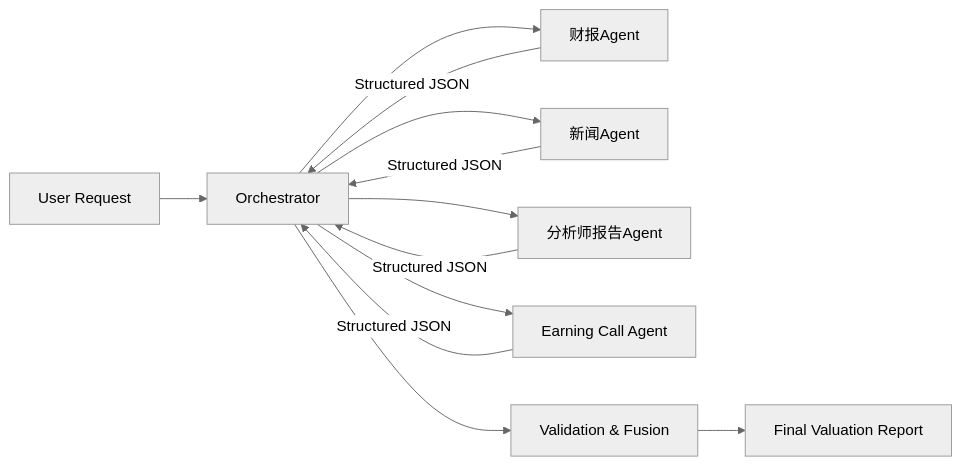
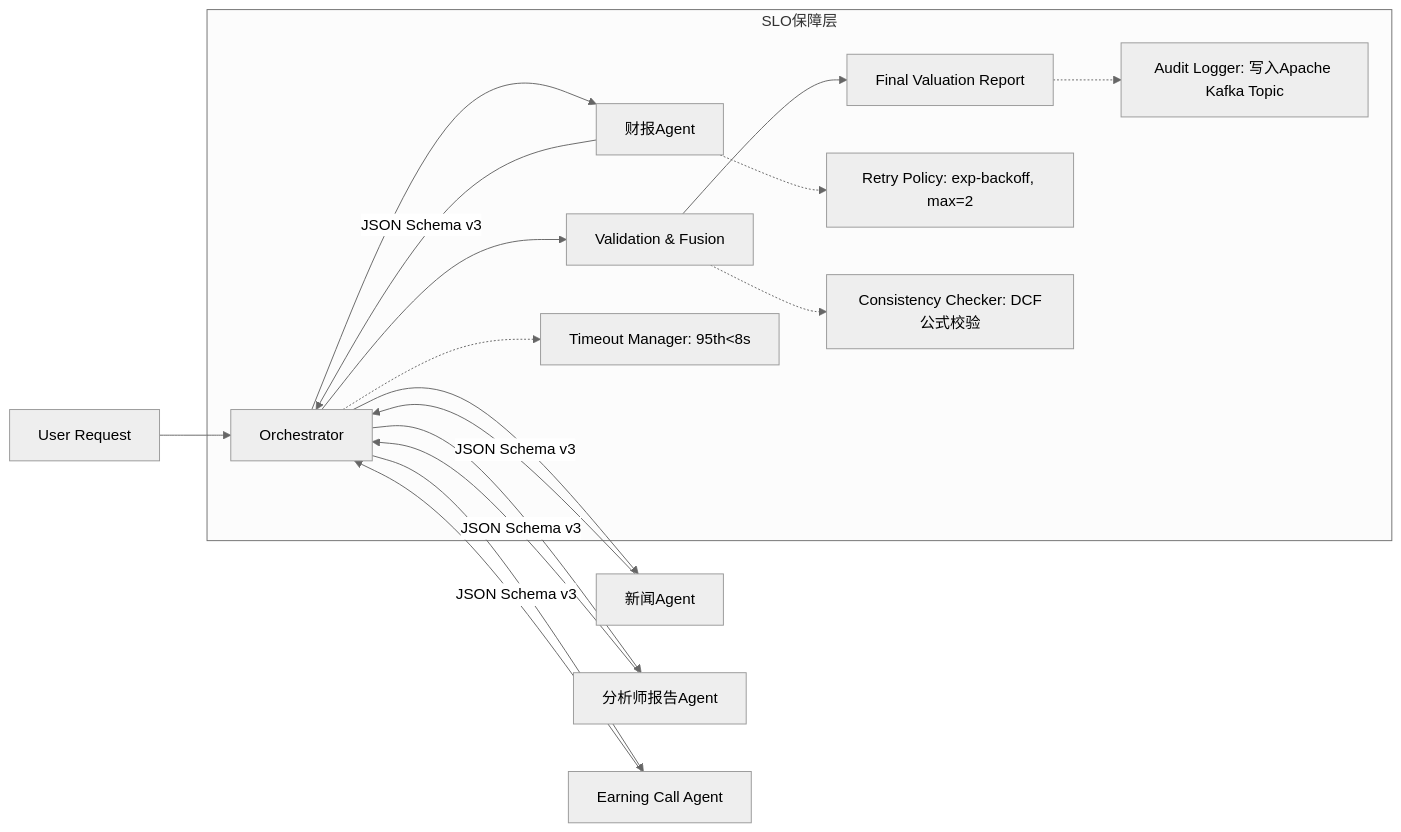
One commit to liuwei1993/ai-llm-agent-knowledge changed the diagram in 07-Multi-Agent系统/agent通信机制.md. Above: the diagram before and after it, drawn with Mermaid (neutral theme). The commit also changed other lines of this file and 1 other file, not shown here.

````diff
--- a/07-Multi-Agent系统/agent通信机制.md
+++ b/07-Multi-Agent系统/agent通信机制.md
@@ -44,14 +40,21 @@
 ```mermaid
 graph LR
     A[User Request] --> B[Orchestrator]
     B --> C[财报Agent]
     B --> D[新闻Agent]
     B --> E[分析师报告Agent]
     B --> F[Earning Call Agent]
-    C -->|Structured JSON| B
-    D -->|Structured JSON| B
-    E -->|Structured JSON| B
-    F -->|Structured JSON| B
+    C -->|JSON Schema v3| B
+    D -->|JSON Schema v3| B
+    E -->|JSON Schema v3| B
+    F -->|JSON Schema v3| B
     B --> G[Validation & Fusion]
     G --> H[Final Valuation Report]
+    
+    subgraph SLO保障层
+        B -.-> I[Timeout Manager: 95th<8s]
+        C -.-> J[Retry Policy: exp-backoff, max=2]
+        G -.-> K[Consistency Checker: DCF公式校验]
+        H -.-> L[Audit Logger: 写入Apache Kafka Topic]
+    end
 ```
````
